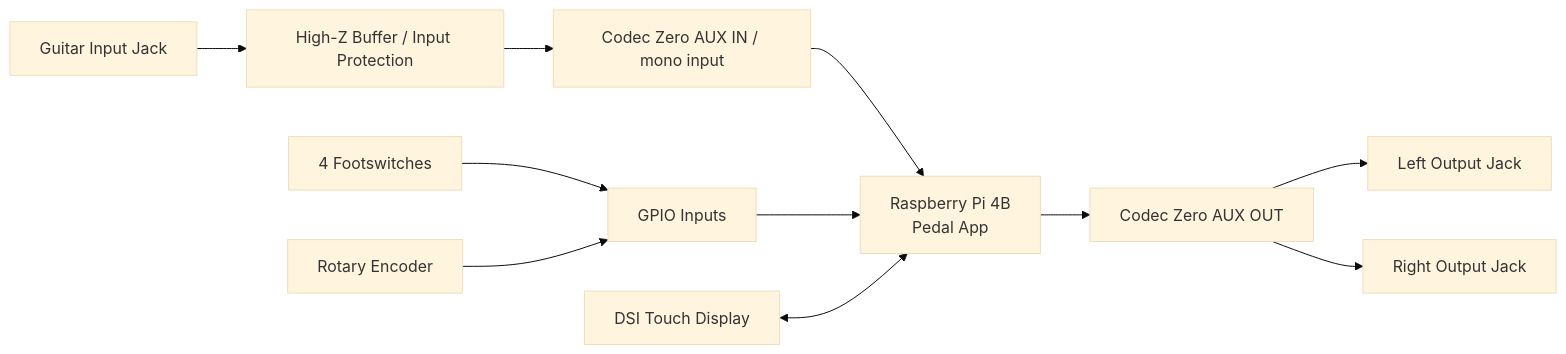
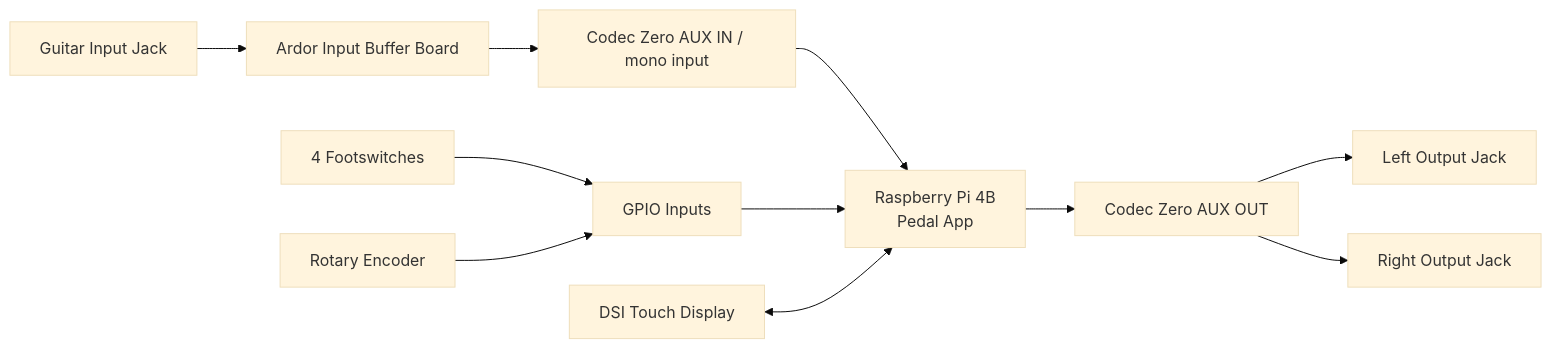
The first of 3 diagrams in docs/hardware-assembly.md (balazsbencs/ardor), drawn with Mermaid (base theme) before and after one commit. The commit also changed other lines of this file and 16 other files, not shown here.

````diff
--- a/docs/hardware-assembly.md
+++ b/docs/hardware-assembly.md
@@ -25,13 +27,13 @@
 ```mermaid
 flowchart LR
-  Guitar["Guitar Input Jack"] --> Buffer["High-Z Buffer / Input Protection"]
+  Guitar["Guitar Input Jack"] --> Buffer["Ardor Input Buffer Board"]
   Buffer --> CodecIn["Codec Zero AUX IN / mono input"]
   CodecIn --> Pi["Raspberry Pi 4B\nPedal App"]
   Pi --> CodecOut["Codec Zero AUX OUT"]
   CodecOut --> OutL["Left Output Jack"]
   CodecOut --> OutR["Right Output Jack"]
   Switches["4 Footswitches"] --> GPIO["GPIO Inputs"]
   Encoder["Rotary Encoder"] --> GPIO
   GPIO --> Pi
   Display["DSI Touch Display"] <--> Pi
 ```
````
